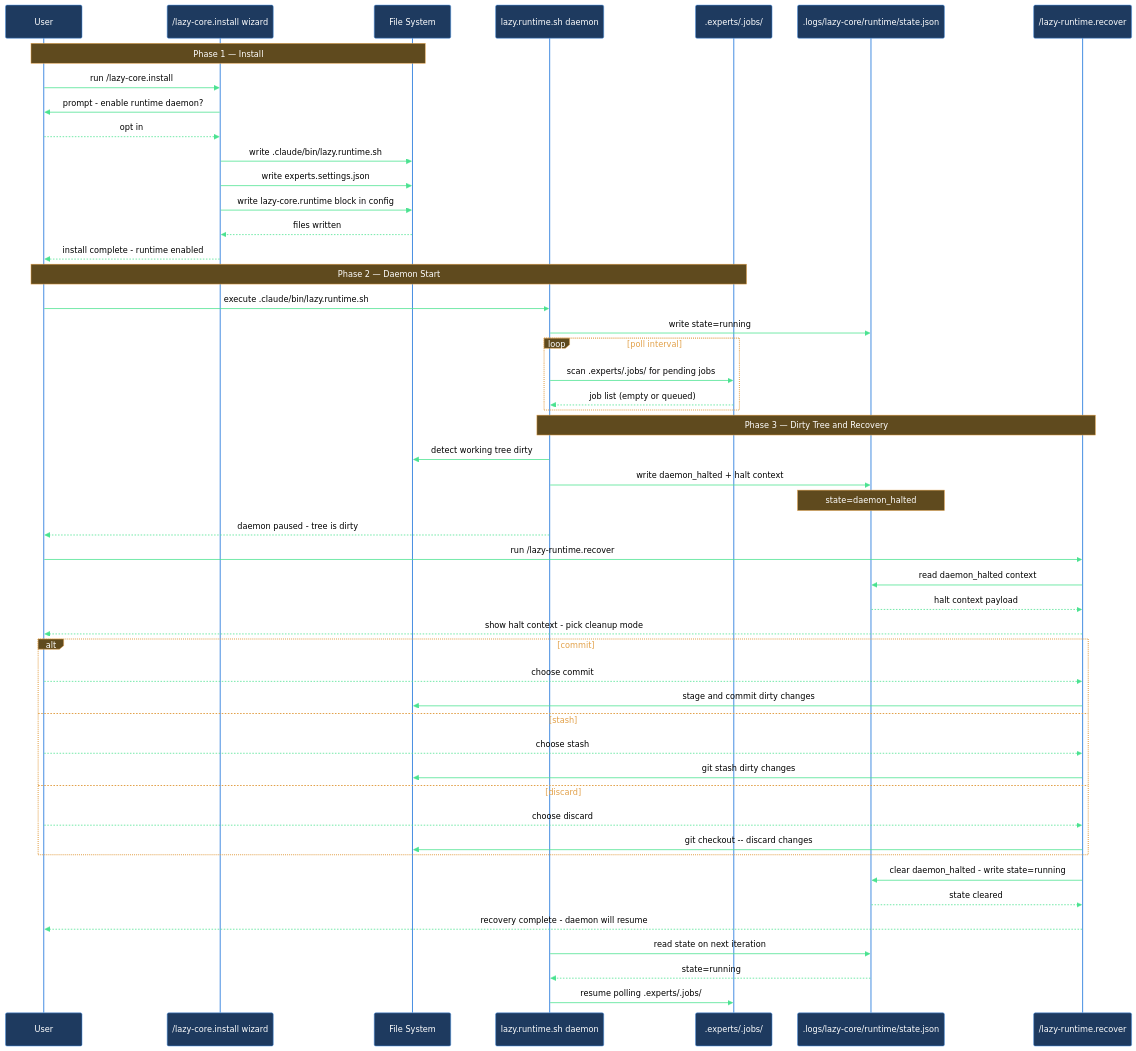
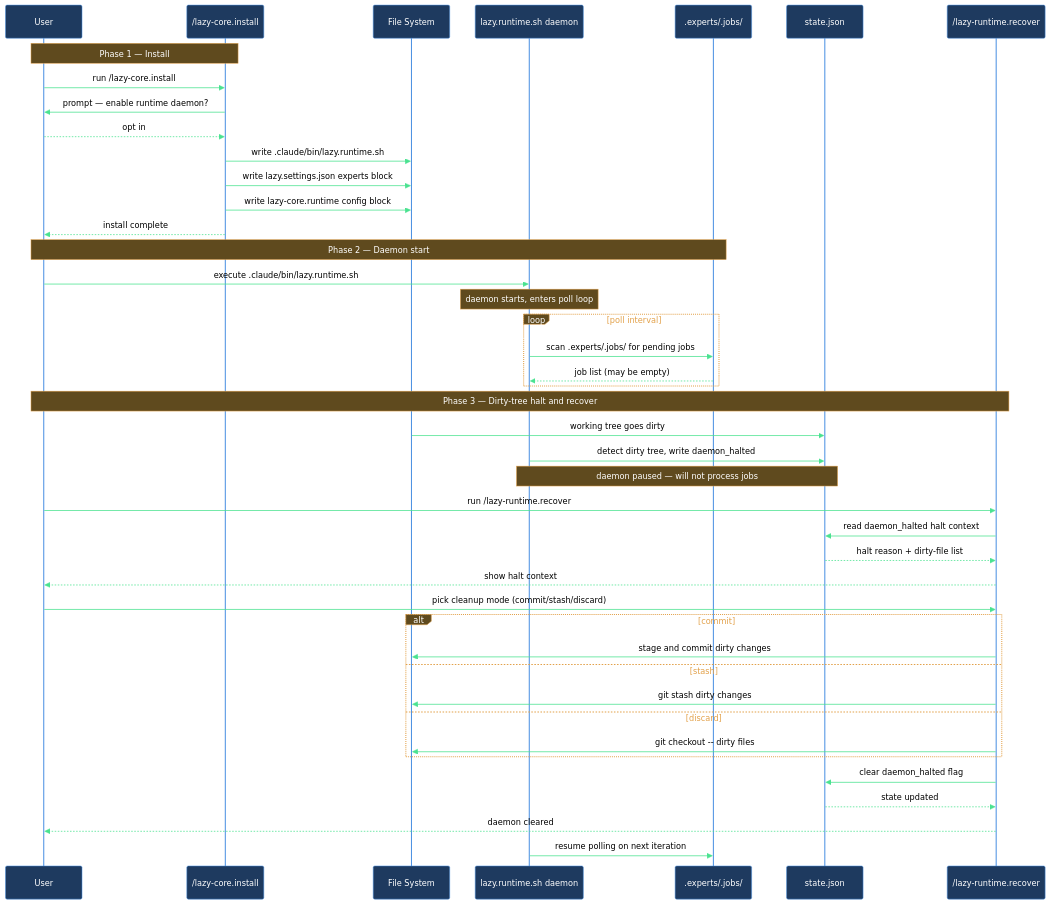
The diagram in Claude/lazycortex-core/help/walkthroughs/setup-runtime.md (mebius-san/lazy-cortex), drawn with Mermaid before and after one commit. The commit also changed other lines of this file and 96 other files, not shown here.

````diff
--- a/Claude/lazycortex-core/help/walkthroughs/setup-runtime.md
+++ b/Claude/lazycortex-core/help/walkthroughs/setup-runtime.md
@@ -104,59 +115,53 @@
 ```mermaid
 %%{init: {'themeVariables':{'background':'transparent','primaryColor':'#1e3a5f','primaryBorderColor':'#4a90e2','primaryTextColor':'#fff','lineColor':'#4ae290','actorBkg':'#1e3a5f','actorBorder':'#4a90e2','actorTextColor':'#fff','actorLineColor':'#4a90e2','signalColor':'#4ae290','signalTextColor':'#000','noteBkgColor':'#5f4a1e','noteBorderColor':'#e2a14a','noteTextColor':'#fff','labelBoxBkgColor':'#5f4a1e','labelBoxBorderColor':'#e2a14a','labelTextColor':'#fff','loopTextColor':'#e2a14a'},'sequence':{'diagramPadding':5,'useMaxWidth':true}}}%%
 sequenceDiagram
   participant user as User
-  participant installSkill as /lazy-core.install wizard
-  participant fs as File System
+  participant installSkill as /lazy-core.install
+  participant fsWrite as File System
   participant daemon as lazy.runtime.sh daemon
   participant jobsDir as .experts/.jobs/
-  participant stateFile as .logs/lazy-core/runtime/state.json
+  participant stateFile as state.json
   participant recoverSkill as /lazy-runtime.recover
 
-  Note over user,fs: Phase 1 — Install
+  Note over user,installSkill: Phase 1 — Install
 
   user->>installSkill: run /lazy-core.install
-  installSkill->>user: prompt - enable runtime daemon?
+  installSkill->>user: prompt — enable runtime daemon?
   user-->>installSkill: opt in
-  installSkill->>fs: write .claude/bin/lazy.runtime.sh
-  installSkill->>fs: write experts.settings.json
-  installSkill->>fs: write lazy-core.runtime block in config
-  fs-->>installSkill: files written
-  installSkill-->>user: install complete - runtime enabled
+  installSkill->>fsWrite: write .claude/bin/lazy.runtime.sh
+  installSkill->>fsWrite: write lazy.settings.json experts block
+  installSkill->>fsWrite: write lazy-core.runtime config block
+  installSkill-->>user: install complete
 
-  Note over user,jobsDir: Phase 2 — Daemon Start
+  Note over user,jobsDir: Phase 2 — Daemon start
 
   user->>daemon: execute .claude/bin/lazy.runtime.sh
-  daemon->>stateFile: write state=running
+  Note over daemon: daemon starts, enters poll loop
   loop poll interval
     daemon->>jobsDir: scan .experts/.jobs/ for pending jobs
-    jobsDir-->>daemon: job list (empty or queued)
+    jobsDir-->>daemon: job list (may be empty)
   end
 
-  Note over daemon,recoverSkill: Phase 3 — Dirty Tree and Recovery
+  Note over user,recoverSkill: Phase 3 — Dirty-tree halt and recover
 
-  daemon->>fs: detect working tree dirty
-  daemon->>stateFile: write daemon_halted + halt context
-  Note over stateFile: state=daemon_halted
-  daemon-->>user: daemon paused - tree is dirty
+  fsWrite->>stateFile: working tree goes dirty
+  daemon->>stateFile: detect dirty tree, write daemon_halted
+  Note over daemon,stateFile: daemon paused — will not process jobs
 
   user->>recoverSkill: run /lazy-runtime.recover
-  recoverSkill->>stateFile: read daemon_halted context
-  stateFile-->>recoverSkill: halt context payload
-  recoverSkill-->>user: show halt context - pick cleanup mode
+  recoverSkill->>stateFile: read daemon_halted halt context
+  stateFile-->>recoverSkill: halt reason + dirty-file list
+  recoverSkill-->>user: show halt context
+  user->>recoverSkill: pick cleanup mode (commit/stash/discard)
   alt commit
-    user-->>recoverSkill: choose commit
-    recoverSkill->>fs: stage and commit dirty changes
+    recoverSkill->>fsWrite: stage and commit dirty changes
   else stash
-    user-->>recoverSkill: choose stash
-    recoverSkill->>fs: git stash dirty changes
+    recoverSkill->>fsWrite: git stash dirty changes
   else discard
-    user-->>recoverSkill: choose discard
-    recoverSkill->>fs: git checkout -- discard changes
+    recoverSkill->>fsWrite: git checkout -- dirty files
   end
-  recoverSkill->>stateFile: clear daemon_halted - write state=running
-  stateFile-->>recoverSkill: state cleared
-  recoverSkill-->>user: recovery complete - daemon will resume
-  daemon->>stateFile: read state on next iteration
-  stateFile-->>daemon: state=running
-  daemon->>jobsDir: resume polling .experts/.jobs/
+  recoverSkill->>stateFile: clear daemon_halted flag
+  stateFile-->>recoverSkill: state updated
+  recoverSkill-->>user: daemon cleared
+  daemon->>jobsDir: resume polling on next iteration
 ```
````
